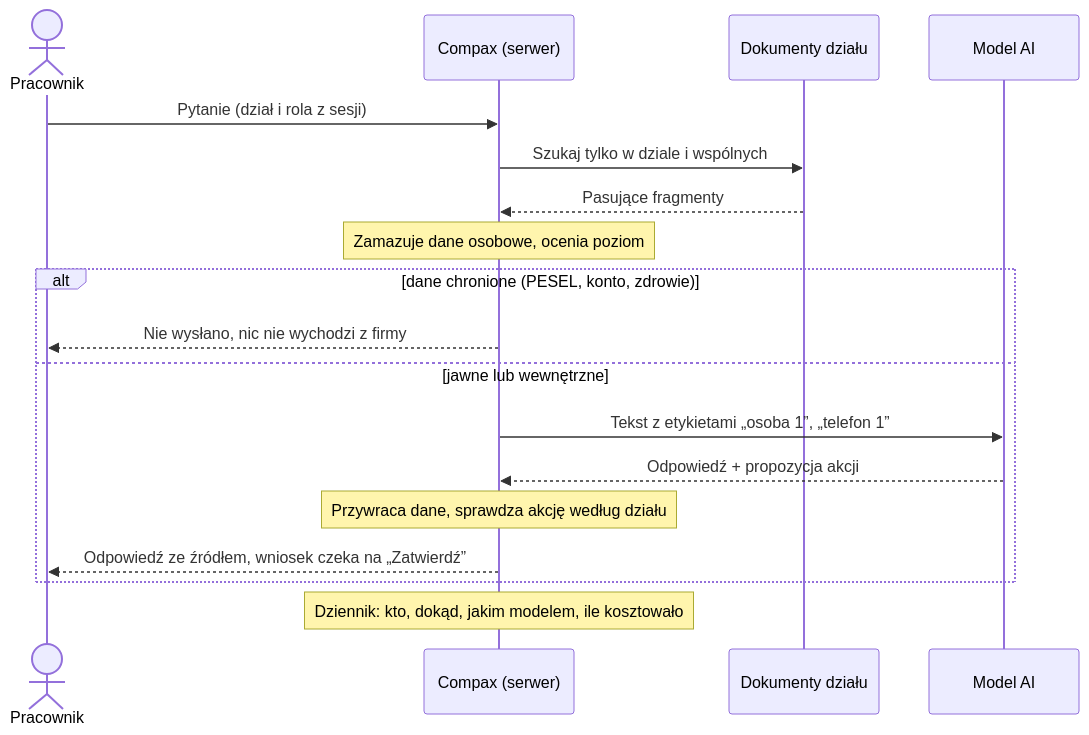
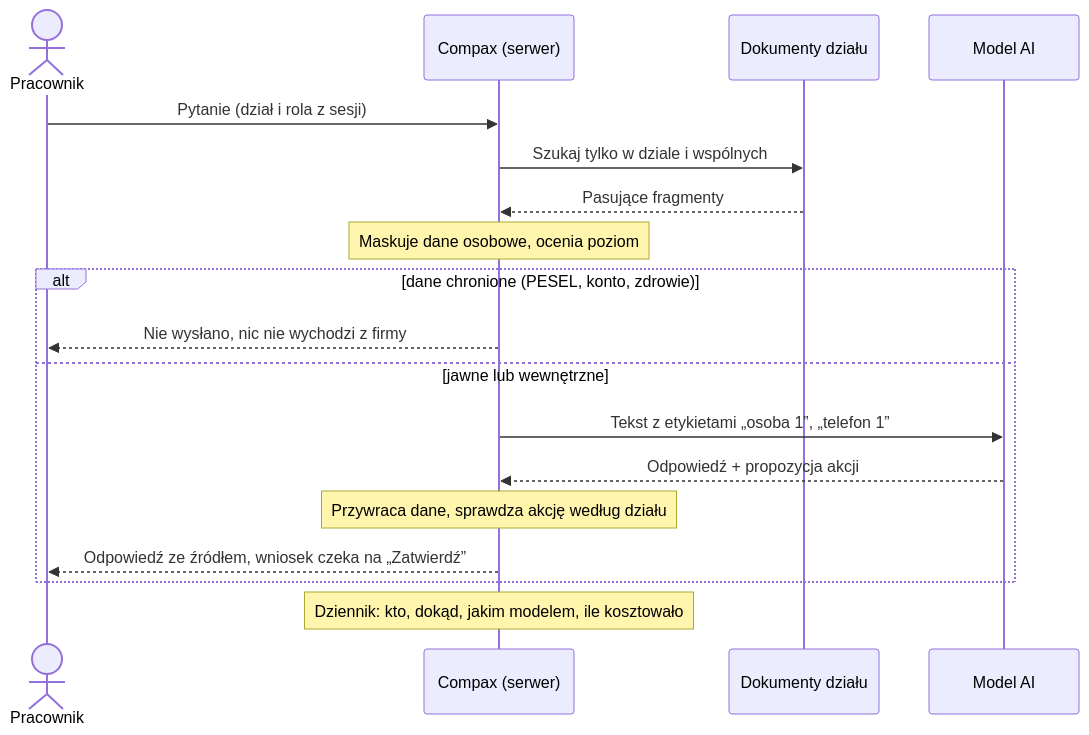
One commit to PiotrBednarski-EngineerOfHumanGoods/ai-platforma-demo changed the diagram in README.md. Above: the diagram before and after it, drawn with Mermaid. The commit also changed other lines of this file and 20 other files, not shown here.

````diff
--- a/README.md
+++ b/README.md
@@ -99,20 +115,20 @@
 ```mermaid
 sequenceDiagram
     actor P as Pracownik
     participant C as Compax (serwer)
     participant D as Dokumenty działu
     participant M as Model AI
     P->>C: Pytanie (dział i rola z sesji)
     C->>D: Szukaj tylko w dziale i wspólnych
     D-->>C: Pasujące fragmenty
-    Note over C: Zamazuje dane osobowe, ocenia poziom
+    Note over C: Maskuje dane osobowe, ocenia poziom
     alt dane chronione (PESEL, konto, zdrowie)
         C-->>P: Nie wysłano, nic nie wychodzi z firmy
     else jawne lub wewnętrzne
         C->>M: Tekst z etykietami „osoba 1”, „telefon 1”
         M-->>C: Odpowiedź + propozycja akcji
         Note over C: Przywraca dane, sprawdza akcję według działu
         C-->>P: Odpowiedź ze źródłem, wniosek czeka na „Zatwierdź”
     end
     Note over C: Dziennik: kto, dokąd, jakim modelem, ile kosztowało
 ```
````
